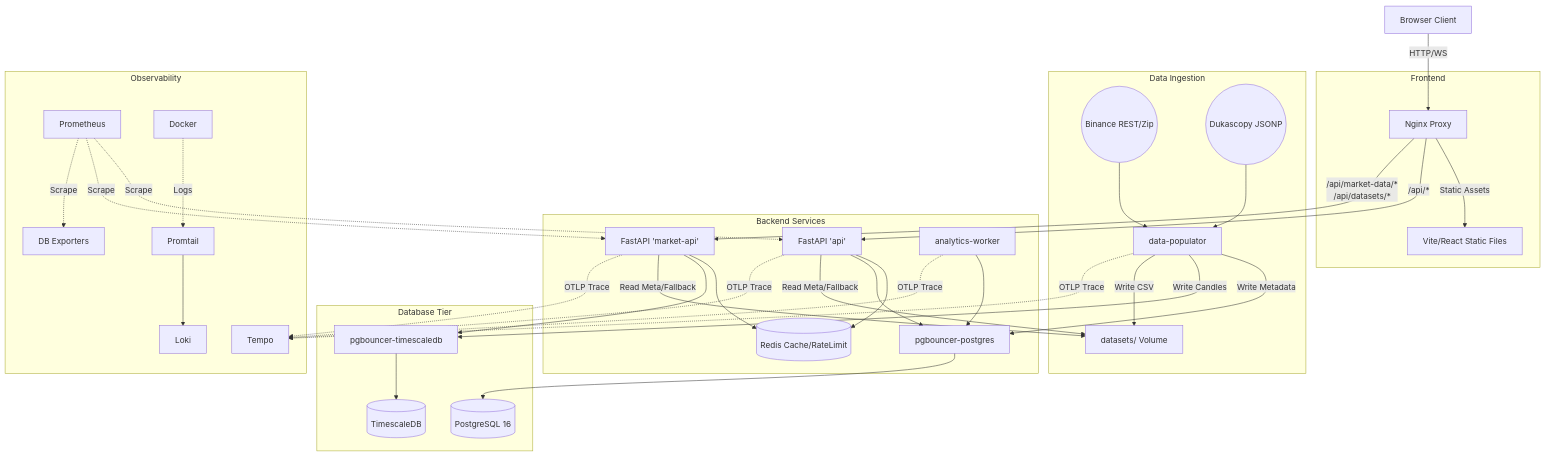
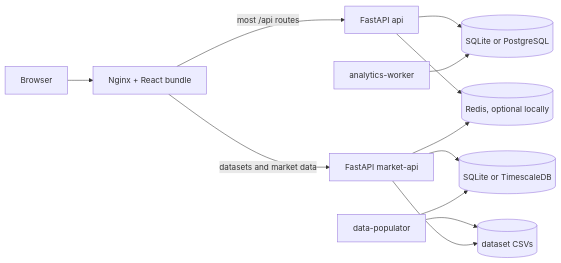
One commit to SaiDheerajPeketi/EdgeLab changed the diagram in docs/architecture.md. Above: the diagram before and after it, drawn with Mermaid. The commit also changed other lines of this file and 12 other files, not shown here.

````diff
--- a/docs/architecture.md
+++ b/docs/architecture.md
@@ -6,54 +5,14 @@
 ```mermaid
-graph TD
-    Client[Browser Client]
-    
-    subindex[Nginx Proxy]
-    Client -->|HTTP/WS| subindex
-    
-    subgraph Frontend
-        subindex -->|Static Assets| dist[Vite/React Static Files]
-    end
-    
-    subgraph Backend Services
-        subindex -->|/api/*| API[FastAPI 'api']
-        subindex -->|/api/market-data/*<br>/api/datasets/*| MarketAPI[FastAPI 'market-api']
-        
-        API --> Redis[(Redis Cache/RateLimit)]
-        MarketAPI --> Redis
-        
-        Analytics[analytics-worker] --> PgB[pgbouncer-postgres]
-    end
-    
-    subgraph Database Tier
-        API --> PgB[pgbouncer-postgres]
-        MarketAPI --> PgBT[pgbouncer-timescaledb]
-        
-        PgB --> Postgres[(PostgreSQL 16)]
-        PgBT --> Timescale[(TimescaleDB)]
-    end
-    
-    subgraph Data Ingestion
-        Populator[data-populator] -->|Write Metadata| PgB
-        Populator -->|Write Candles| PgBT
-        Populator -->|Write CSV| Volume[datasets/ Volume]
-        
-        API -->|Read Meta/Fallback| Volume
-        MarketAPI -->|Read Meta/Fallback| Volume
-        
-        Binance((Binance REST/Zip)) --> Populator
-        Dukascopy((Dukascopy JSONP)) --> Populator
-    end
-    
-    subgraph Observability
-        Prometheus[Prometheus] -.Scrape.-> API
-        Prometheus -.Scrape.-> MarketAPI
-        Prometheus -.Scrape.-> Exporters[DB Exporters]
-        
-        API -.OTLP Trace.-> Tempo[Tempo]
-        MarketAPI -.OTLP Trace.-> Tempo
-        Populator -.OTLP Trace.-> Tempo
-        Analytics -.OTLP Trace.-> Tempo
-        
-        Docker -.Logs.-> Promtail --> Loki
-    end
+flowchart LR
+    Browser --> Nginx[Nginx + React bundle]
+    Nginx -->|most /api routes| API[FastAPI api]
+    Nginx -->|datasets and market data| MarketAPI[FastAPI market-api]
+    API --> AppDB[(SQLite or PostgreSQL)]
+    MarketAPI --> MarketDB[(SQLite or TimescaleDB)]
+    API --> Redis[(Redis, optional locally)]
+    MarketAPI --> Redis
+    Populator[data-populator] --> DatasetFiles[(dataset CSVs)]
+    Populator --> MarketDB
+    Analytics[analytics-worker] --> AppDB
+    MarketAPI --> DatasetFiles
 ```
````
